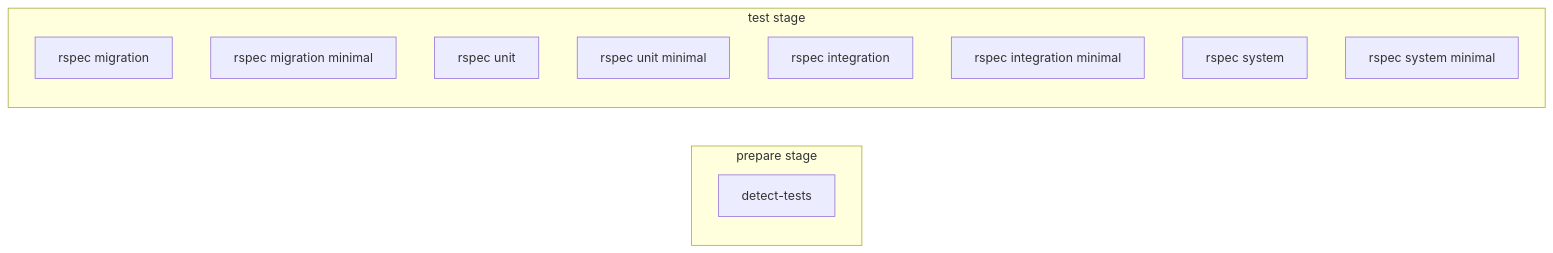
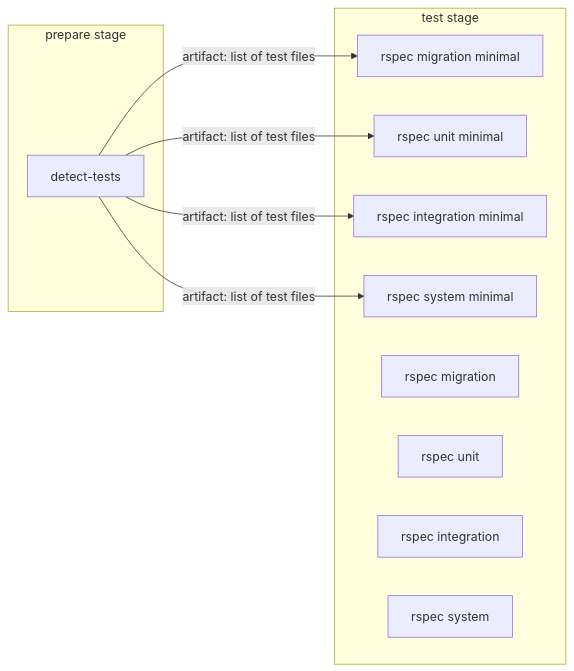
One commit to mehulagg/gitlab changed the sixth of 6 diagrams in doc/development/pipelines.md. Above: the diagram before and after it, drawn with Mermaid.

Commit message:
Apply 1 suggestion(s) to 1 file(s)

````diff
--- a/doc/development/pipelines.md
+++ b/doc/development/pipelines.md
@@ -444,17 +444,19 @@
 ```mermaid
 graph LR
+    A --"artifact: list of test files"--> C1 & D1 & E1 & F1
+
     subgraph "prepare stage";
-        A["detect-tests"]
+        A["detect-tests"];
     end
 
     subgraph "test stage";
         C["rspec migration"];
         C1["rspec migration minimal"];
         D["rspec unit"];
         D1["rspec unit minimal"];
         E["rspec integration"];
         E1["rspec integration minimal"];
         F["rspec system"];
         F1["rspec system minimal"];
     end
 ```
````
